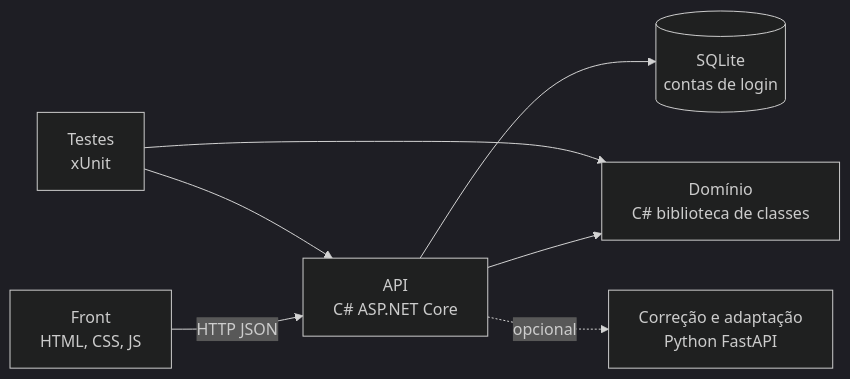
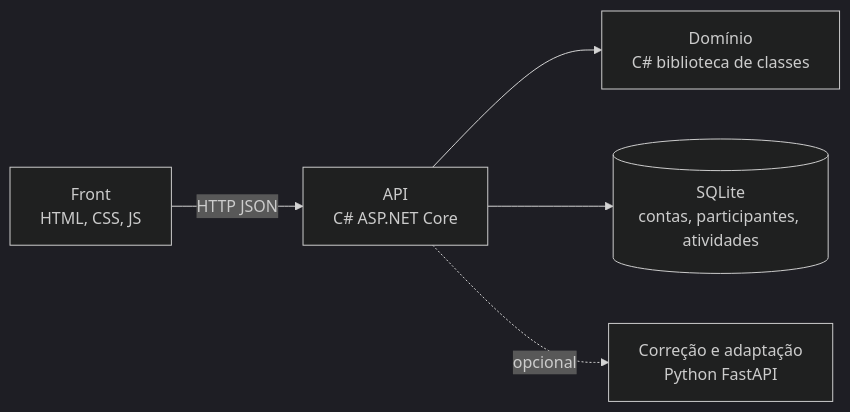
One commit to PryBragaFront/role-da-fala changed the first of 2 diagrams in docs/2-Arquitetura.md. Above: the diagram before and after it, drawn with Mermaid (dark theme). The commit also changed other lines of this file and 20 other files, not shown here.

````diff
--- a/docs/2-Arquitetura.md
+++ b/docs/2-Arquitetura.md
@@ -5,9 +5,7 @@
 ```mermaid
 flowchart LR
     A["Front<br/>HTML, CSS, JS"] -->|HTTP JSON| B["API<br/>C# ASP.NET Core"]
     B --> C["Domínio<br/>C# biblioteca de classes"]
-    B --> F[("SQLite<br/>contas de login")]
-    D["Testes<br/>xUnit"] --> C
-    D --> B
+    B --> F[("SQLite<br/>contas, participantes, atividades")]
     B -.->|opcional| E["Correção e adaptação<br/>Python FastAPI"]
 ```
````
